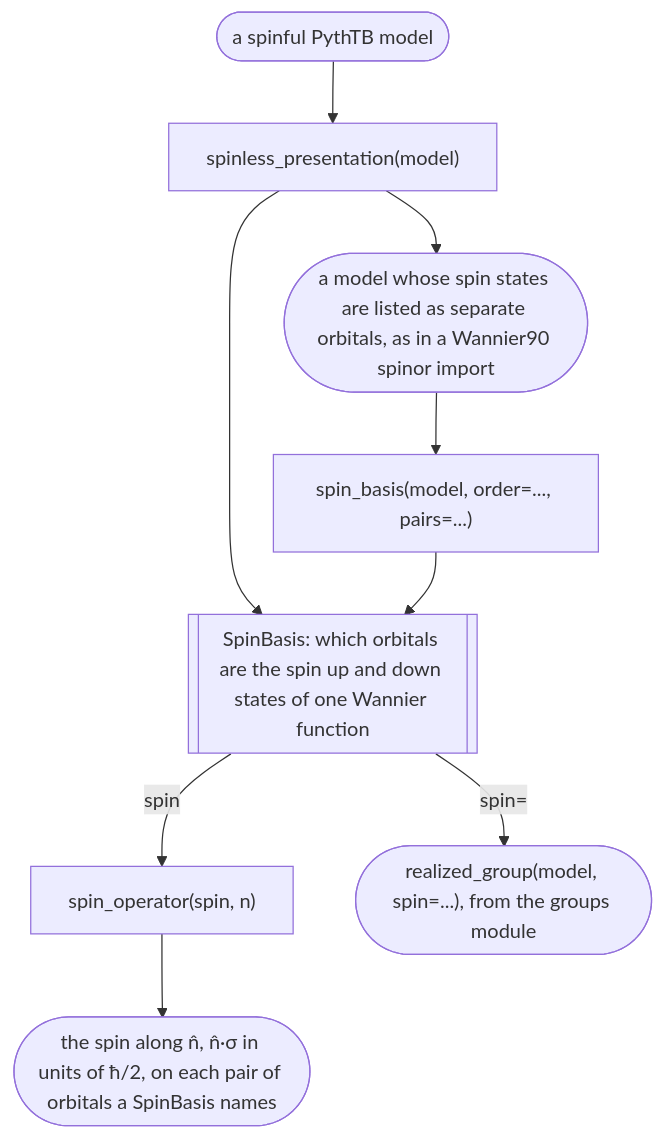
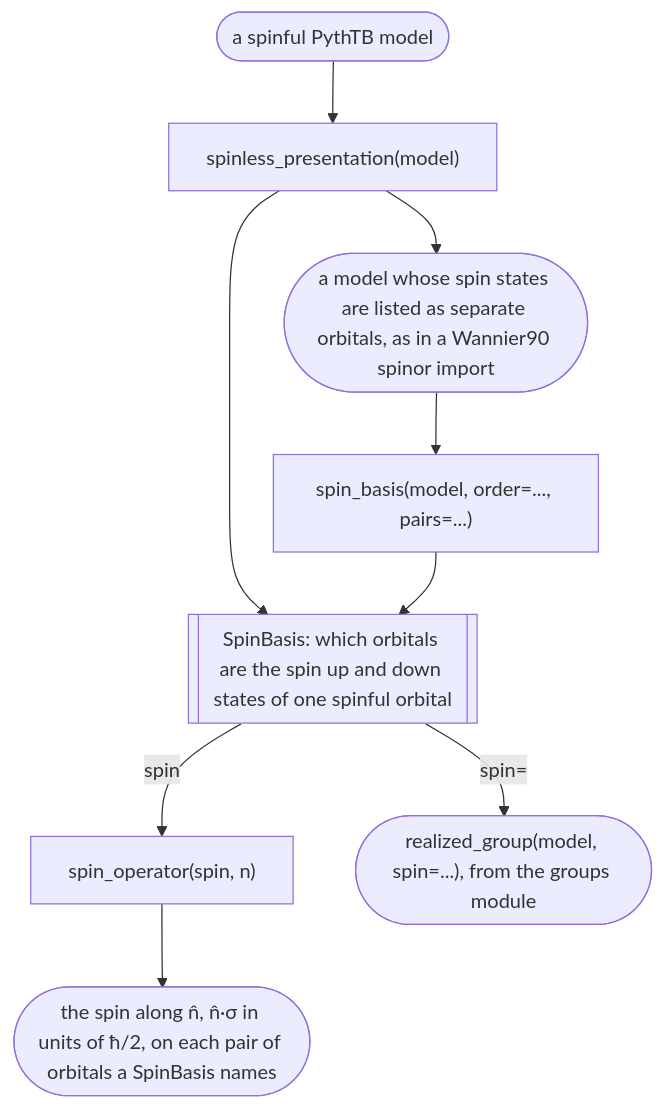
One commit to bbradlyn/pythtqc changed the fourth of 8 diagrams in docs/background/modules.md. Above: the diagram before and after it, drawn with Mermaid. The commit also changed other lines of this file and 12 other files, not shown here.

````diff
--- a/docs/background/modules.md
+++ b/docs/background/modules.md
@@ -154,18 +154,18 @@
 ```mermaid
 flowchart TD
     p_spinful(["a spinful PythTB model"])
     p_import(["a model whose spin states are listed as separate orbitals, as in a Wannier90 spinor import"])
     p_present["spinless_presentation(model)"]
     p_basis["spin_basis(model, order=..., pairs=...)"]
-    p_sb[["SpinBasis: which orbitals are the spin up and down states of one Wannier function"]]
+    p_sb[["SpinBasis: which orbitals are the spin up and down states of one spinful orbital"]]
     p_op["spin_operator(spin, n)"]
     p_op_out(["the spin along n̂, n̂·σ in units of ħ/2, on each pair of orbitals a SpinBasis names"])
     p_realized(["realized_group(model, spin=...), from the groups module"])
 
     p_spinful --> p_present
     p_present --> p_import
     p_present --> p_sb
     p_import --> p_basis --> p_sb
     p_sb -- "spin" --> p_op --> p_op_out
     p_sb -- "spin=" --> p_realized
 ```
````
